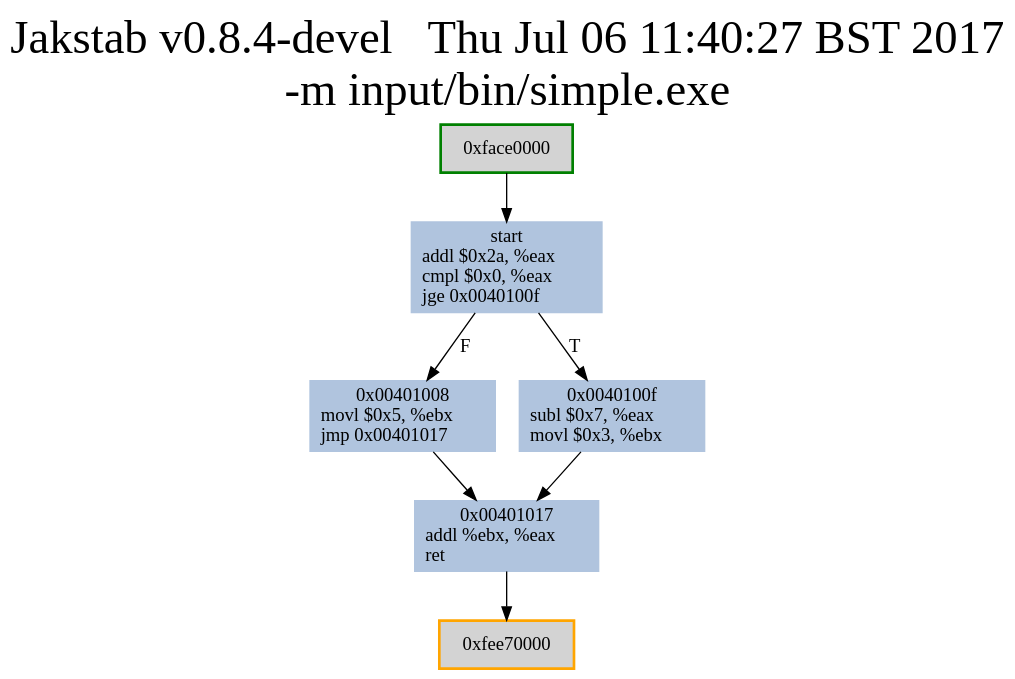
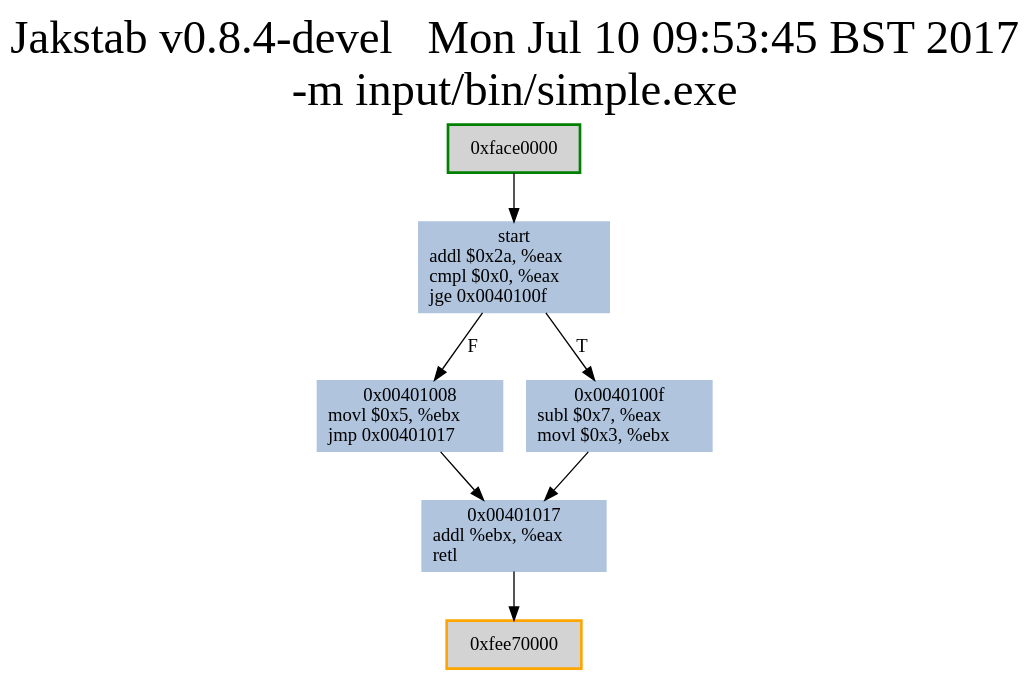
The diagram in jkinder-jakstab-2555a70/input/bin/simple_asmcfg.dot (Dmium/jakstabCapstoneTesting), drawn with Graphviz before and after one commit. The commit also changed 20 other files, not shown here.

```diff
--- a/jkinder-jakstab-2555a70/input/bin/simple_asmcfg.dot
+++ b/jkinder-jakstab-2555a70/input/bin/simple_asmcfg.dot
@@ -1,16 +1,16 @@
 digraph G {
 node[shape=rectangle,style=filled,fillcolor=lightsteelblue,color=lightsteelblue]
 bgcolor="transparent"
-graph [label="Jakstab v0.8.4-devel   Thu Jul 06 11:40:27 BST 2017\n-m input/bin/simple.exe", labelloc=t, fontsize=35, pad=30]"0x00401000_0"[label="start\naddl $0x2a, %eax\lcmpl $0x0, %eax\ljge 0x0040100f\l"];
+graph [label="Jakstab v0.8.4-devel   Mon Jul 10 09:53:45 BST 2017\n-m input/bin/simple.exe", labelloc=t, fontsize=35, pad=30]"0x00401000_0"[label="start\naddl $0x2a, %eax\lcmpl $0x0, %eax\ljge 0x0040100f\l"];
 "0x00401008_0"[label="0x00401008\nmovl $0x5, %ebx\ljmp 0x00401017\l"];
 "0x0040100f_0"[label="0x0040100f\nsubl $0x7, %eax\lmovl $0x3, %ebx\l"];
-"0x00401017_0"[label="0x00401017\naddl %ebx, %eax\lret\l"];
+"0x00401017_0"[label="0x00401017\naddl %ebx, %eax\lretl\l"];
 "0xface0000_0"[label="0xface0000\n",fillcolor="lightgrey",color="green",style="filled,bold"];
 "0xfee70000_0"[label="0xfee70000\n",fillcolor="lightgrey",color="orange",style="filled,bold"];
 "0x00401000_0" -> "0x00401008_0" [color="#000000",label="F"];
 "0x00401008_0" -> "0x00401017_0" [color="#000000"];
 "0x00401017_0" -> "0xfee70000_0" [color="#000000"];
 "0x0040100f_0" -> "0x00401017_0" [color="#000000"];
 "0x00401000_0" -> "0x0040100f_0" [color="#000000",label="T"];
 "0xface0000_0" -> "0x00401000_0" [color="#000000"];
 }
```
